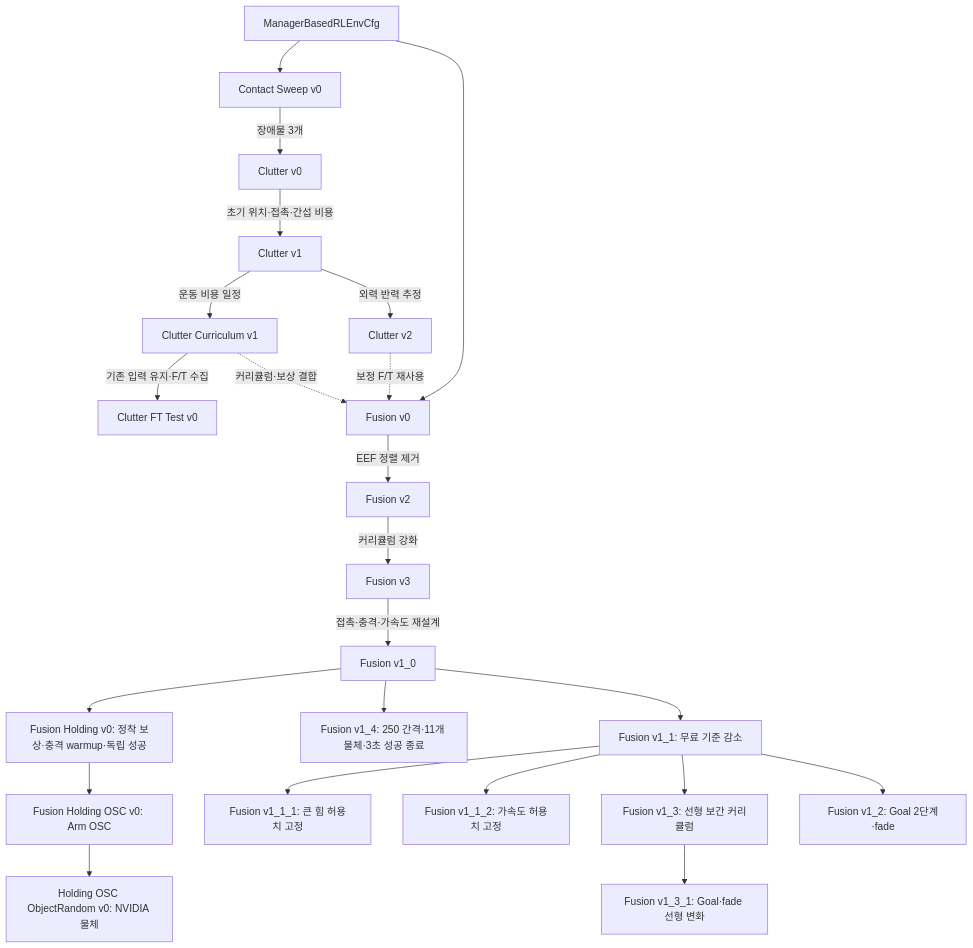
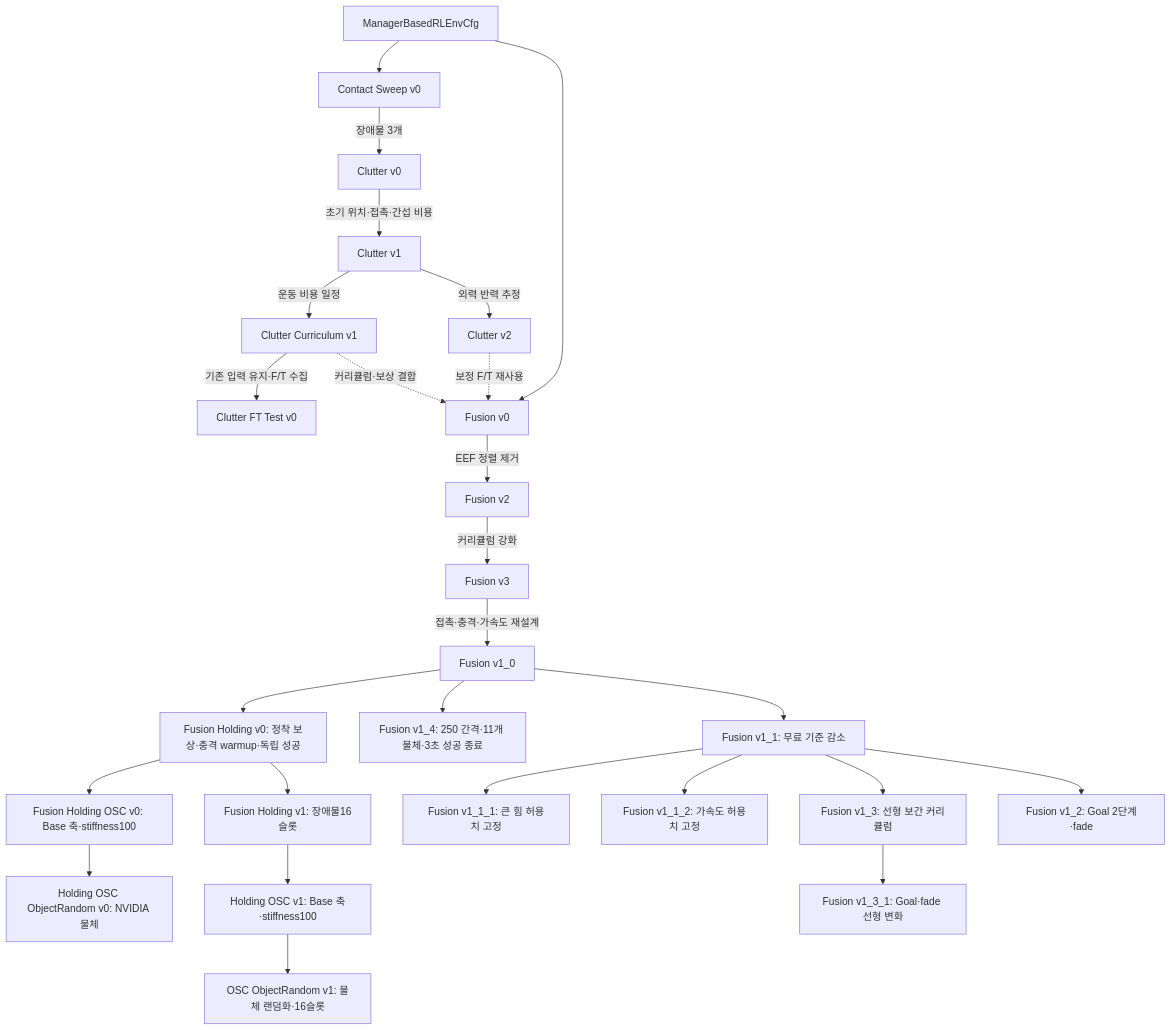
The fourth of 4 diagrams in 02_implementation/environments/ENVIRONMENT_EVOLUTION.md (7cmdehdrb/Contact-Rich-Manipulation-Context), drawn with Mermaid before and after one commit. The commit also changed other lines of this file and 11 other files, not shown here.

First line of the commit message:
Add Fusion Holding v1 and OSC v1 environments with extended obstacle observation

````diff
--- a/02_implementation/environments/ENVIRONMENT_EVOLUTION.md
+++ b/02_implementation/environments/ENVIRONMENT_EVOLUTION.md
@@ -115,36 +115,39 @@
 ```mermaid
 flowchart TD
     M["ManagerBasedRLEnvCfg"]
     C["Contact Sweep v0"]
     C0["Clutter v0"]
     C1["Clutter v1"]
     CC["Clutter Curriculum v1"]
     C2["Clutter v2"]
     FT["Clutter FT Test v0"]
     F0["Fusion v0"]
     F2["Fusion v2"]
     F3["Fusion v3"]
     F10["Fusion v1_0"]
     F10 --> FH["Fusion Holding v0: 정착 보상·충격 warmup·독립 성공"]
-    FH --> FHO["Fusion Holding OSC v0: Arm OSC"]
+    FH --> FHO["Fusion Holding OSC v0: Base 축·stiffness100"]
     FHO --> FHOR["Holding OSC ObjectRandom v0: NVIDIA 물체"]
+    FH --> FH1["Fusion Holding v1: 장애물16슬롯"]
+    FH1 --> FHO1["Holding OSC v1: Base 축·stiffness100"]
+    FHO1 --> FHOR1["OSC ObjectRandom v1: 물체 랜덤화·16슬롯"]
     F10 --> F14["Fusion v1_4: 250 간격·11개 물체·3초 성공 종료"]
     F10 --> F11["Fusion v1_1: 무료 기준 감소"]
     F11 --> F111["Fusion v1_1_1: 큰 힘 허용치 고정"]
     F11 --> F112["Fusion v1_1_2: 가속도 허용치 고정"]
     F11 --> F13["Fusion v1_3: 선형 보간 커리큘럼"]
     F13 --> F131["Fusion v1_3_1: Goal·fade 선형 변화"]
     F11 --> F12["Fusion v1_2: Goal 2단계·fade"]
     M --> C
     C -->|"장애물 3개"| C0
     C0 -->|"초기 위치·접촉·간섭 비용"| C1
     C1 -->|"운동 비용 일정"| CC
     C1 -->|"외력 반력 추정"| C2
     CC -->|"기존 입력 유지·F/T 수집"| FT
     M --> F0
     CC -. "커리큘럼·보상 결합" .-> F0
     C2 -. "보정 F/T 재사용" .-> F0
     F0 -->|"EEF 정렬 제거"| F2
     F2 -->|"커리큘럼 강화"| F3
     F3 -->|"접촉·충격·가속도 재설계"| F10
 ```
````
